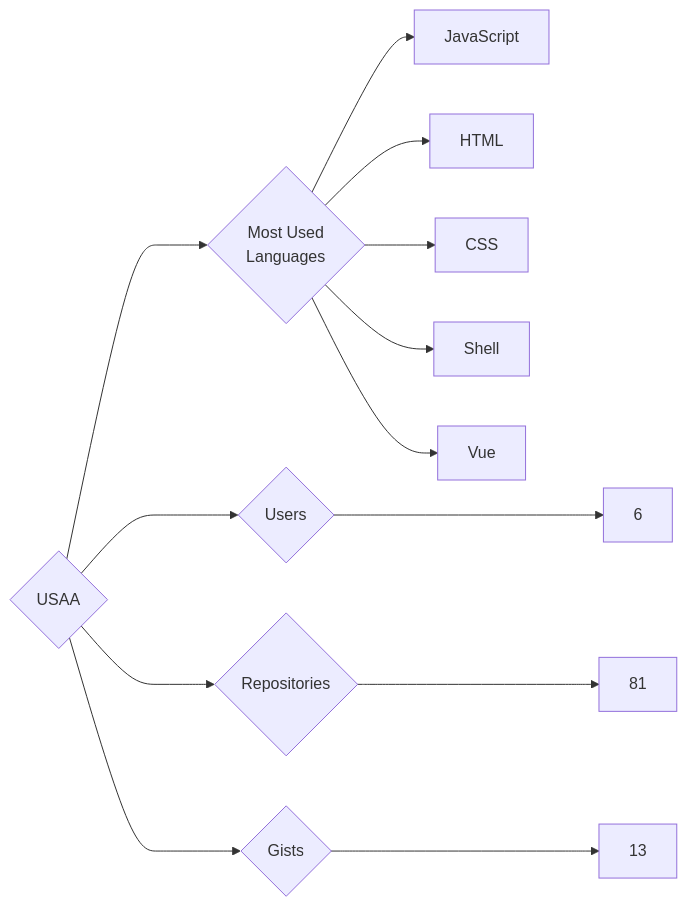
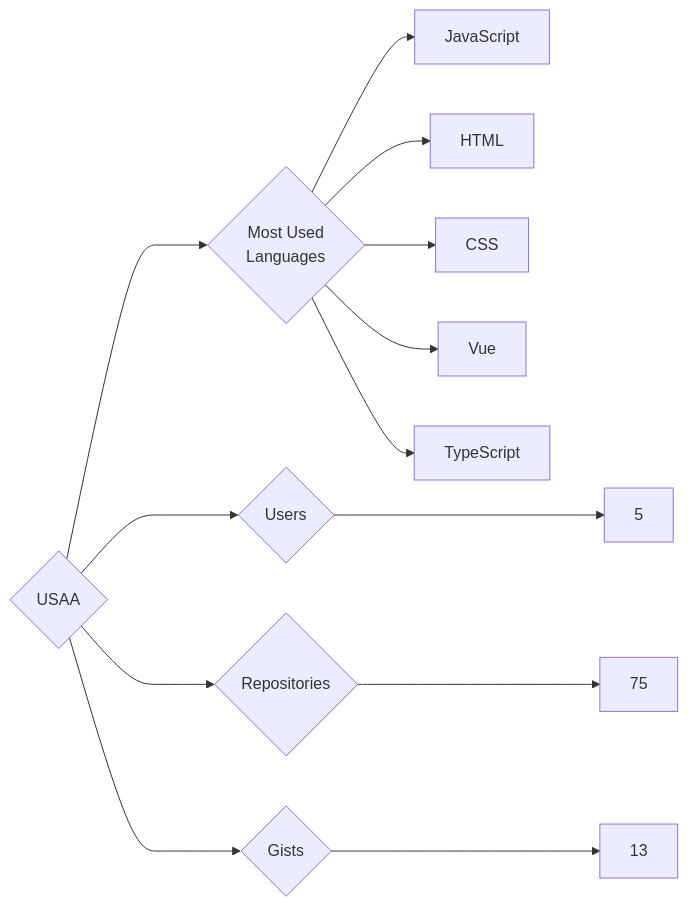
Before and after one commit to trickest/insiders: the diagram in targets/USAA/README.md, drawn with Mermaid. The commit also changed 1496 other files, not shown here.

````diff
--- a/targets/USAA/README.md
+++ b/targets/USAA/README.md
@@ -3,13 +3,13 @@
 ```mermaid
 graph LR
 COMPANY_NAME{USAA}
-COMPANY_NAME ---> U{Users} ---> UN[6]
-COMPANY_NAME ---> R{Repositories} ---> RN[81]
+COMPANY_NAME ---> U{Users} ---> UN[5]
+COMPANY_NAME ---> R{Repositories} ---> RN[75]
 COMPANY_NAME ---> G{Gists} ---> GN[13]
 COMPANY_NAME ---> ML{Most Used<br>Languages}
 ML --> JavaScript[JavaScript]
 ML --> HTML[HTML]
 ML --> CSS[CSS]
-ML --> Shell[Shell]
 ML --> Vue[Vue]
+ML --> TypeScript[TypeScript]
 ```
````
